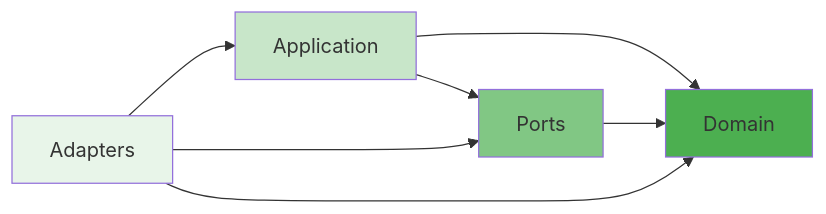
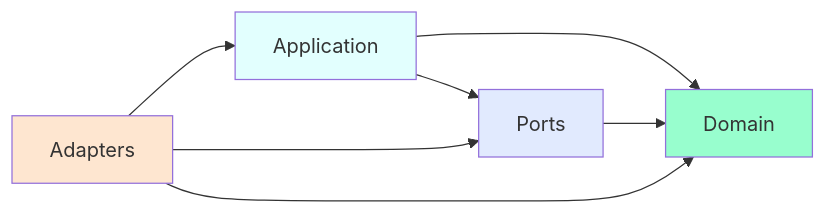
Before and after one commit to stricture-dev/stricture: the diagram in examples/simple-hexagonal/SPEC.md, drawn with Mermaid. The commit also changed 4 other files, not shown here.

First line of the commit message:
docs: update Mermaid diagram colors to use custom palette

````diff
--- a/examples/simple-hexagonal/SPEC.md
+++ b/examples/simple-hexagonal/SPEC.md
@@ -443,14 +443,14 @@
 ```mermaid
 graph LR
     Adapters --> Application
     Adapters --> Ports
     Adapters --> Domain
     Application --> Domain
     Application --> Ports
     Ports --> Domain
 
-    style Domain fill:#4caf50
-    style Ports fill:#81c784
-    style Application fill:#c8e6c9
-    style Adapters fill:#e8f5e9
+    style Domain fill:#98fece
+    style Ports fill:#e1eafe
+    style Application fill:#e2fffe
+    style Adapters fill:#fee6d0
 ```
````
